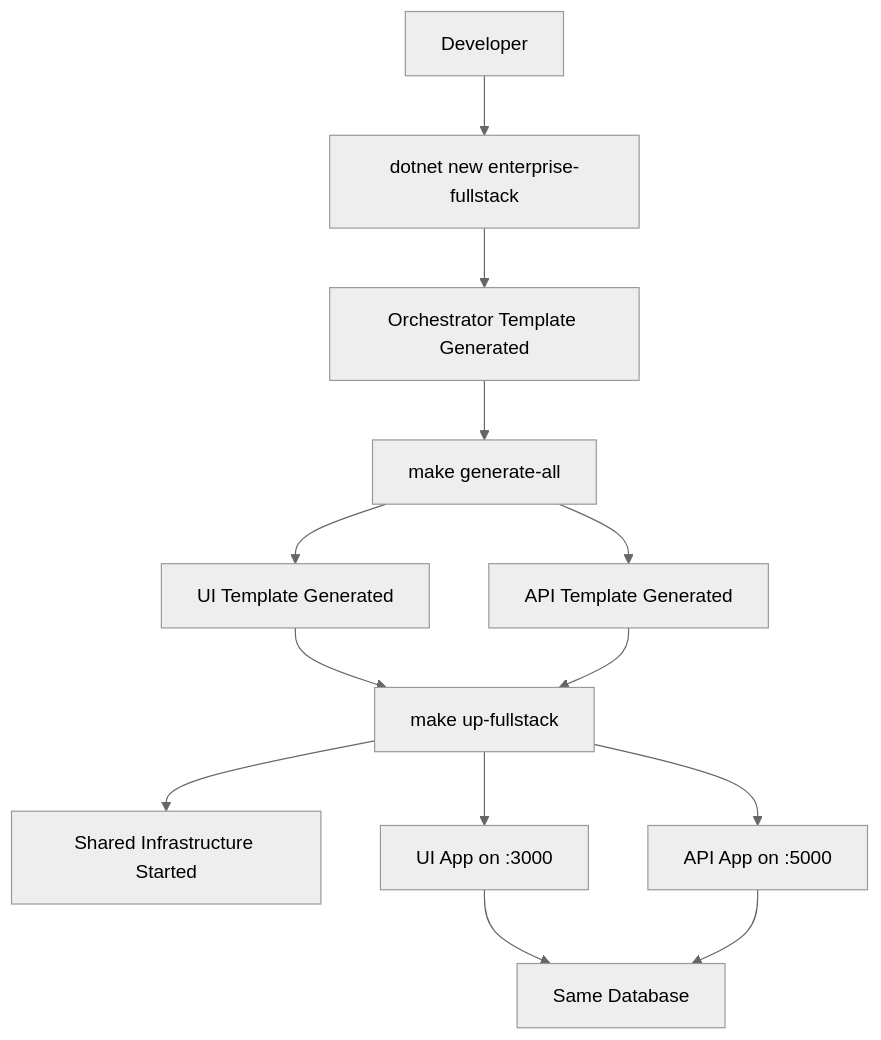
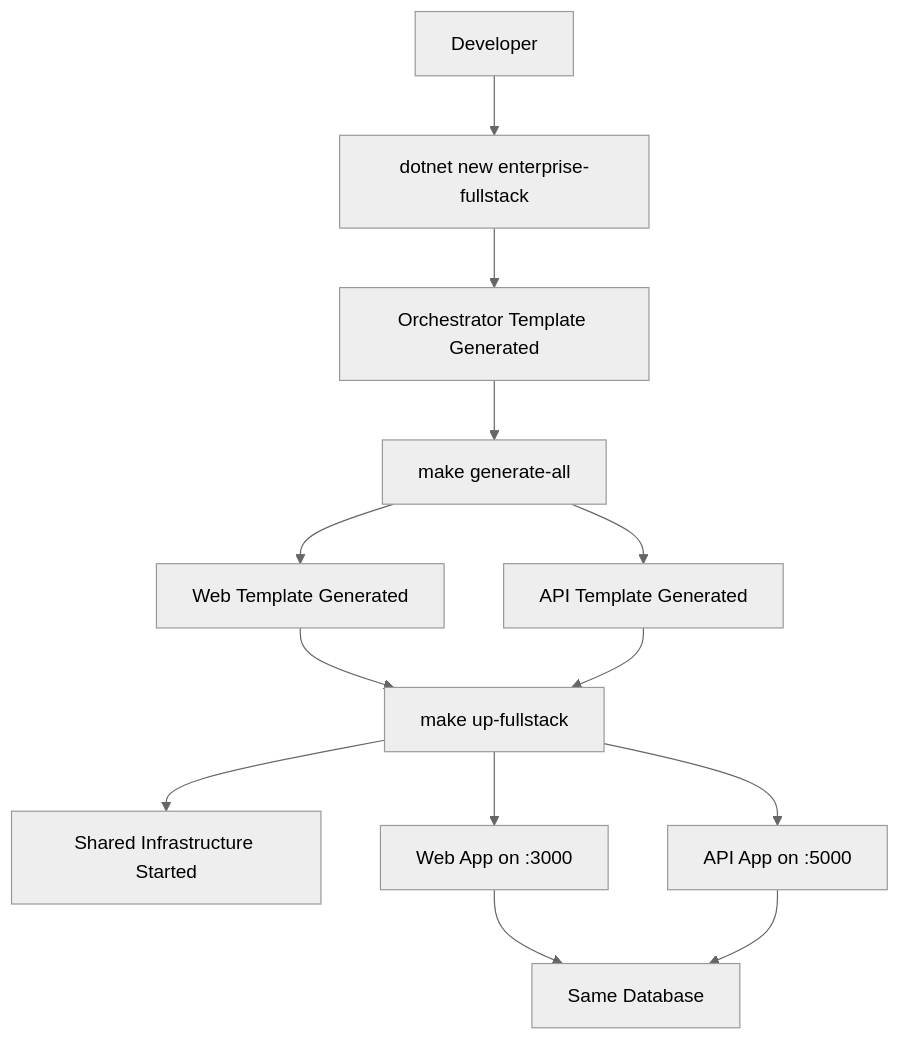
Before and after one commit to franlyreynoso/enterprise-templates: the first of 2 diagrams in docs/ARCHITECTURE.md, drawn with Mermaid (neutral theme). The commit also changed other lines of this file and 10 other files, not shown here.

````diff
--- a/docs/ARCHITECTURE.md
+++ b/docs/ARCHITECTURE.md
@@ -141,15 +141,15 @@
 ```mermaid
 graph TD
     A[Developer] --> B[dotnet new enterprise-fullstack]
     B --> C[Orchestrator Template Generated]
     C --> D[make generate-all]
-    D --> E[UI Template Generated]
+    D --> E[Web Template Generated]
     D --> F[API Template Generated]
     E --> G[make up-fullstack]
     F --> G
     G --> H[Shared Infrastructure Started]
-    G --> I[UI App on :3000]
+    G --> I[Web App on :3000]
     G --> J[API App on :5000]
     I --> K[Same Database]
     J --> K
 ```
````
